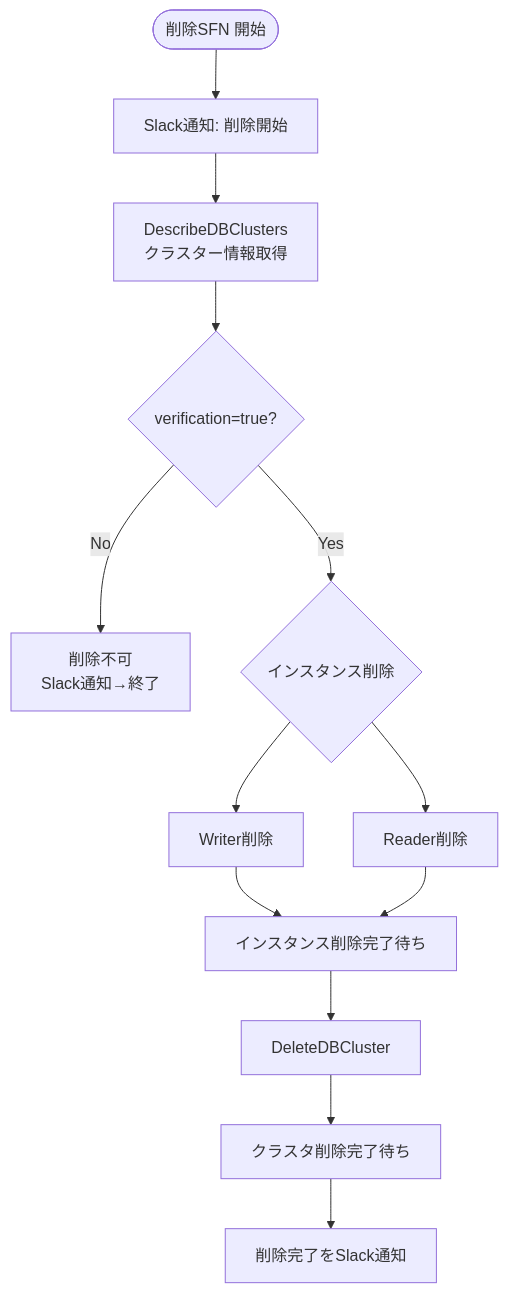
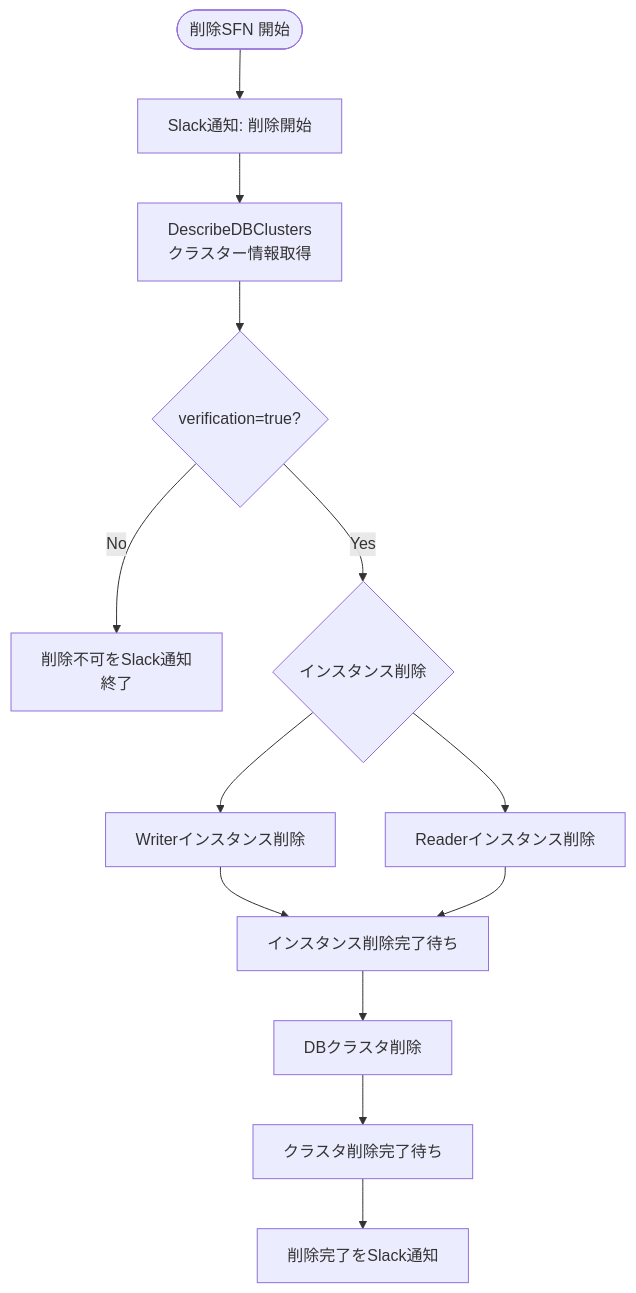
The fourth of 4 diagrams in articles/aurora-clone-verification-db-stepfunctions.md (gi-no/zenn_paiza), drawn with Mermaid before and after one commit. The commit also changed other lines of this file, not shown here.

````diff
--- a/articles/aurora-clone-verification-db-stepfunctions.md
+++ b/articles/aurora-clone-verification-db-stepfunctions.md
@@ -337,20 +380,20 @@
 ```mermaid
 graph TD
   DelStart([削除SFN 開始]) --> PreMsg[Slack通知: 削除開始]
 
   PreMsg --> DescCluster[DescribeDBClusters<br/>クラスター情報取得]
   DescCluster --> CheckTag{verification=true?}
 
-  CheckTag -->|No| Error[削除不可<br/>Slack通知→終了]
+  CheckTag -->|No| Error[削除不可をSlack通知<br/>終了]
   CheckTag -->|Yes| P1{インスタンス削除}
 
-  P1 --> RW[Writer削除]
-  P1 --> RR[Reader削除]
+  P1 --> RW[Writerインスタンス削除]
+  P1 --> RR[Readerインスタンス削除]
 
   RW --> WaitInst[インスタンス削除完了待ち]
   RR --> WaitInst
 
-  WaitInst --> DelCluster[DeleteDBCluster]
+  WaitInst --> DelCluster[DBクラスタ削除]
   DelCluster --> WaitCluster[クラスタ削除完了待ち]
   WaitCluster --> Success[削除完了をSlack通知]
 ```
````
